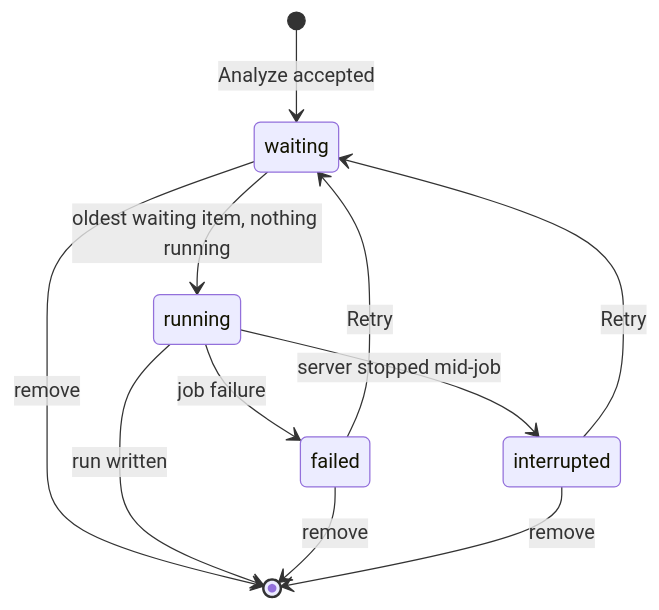
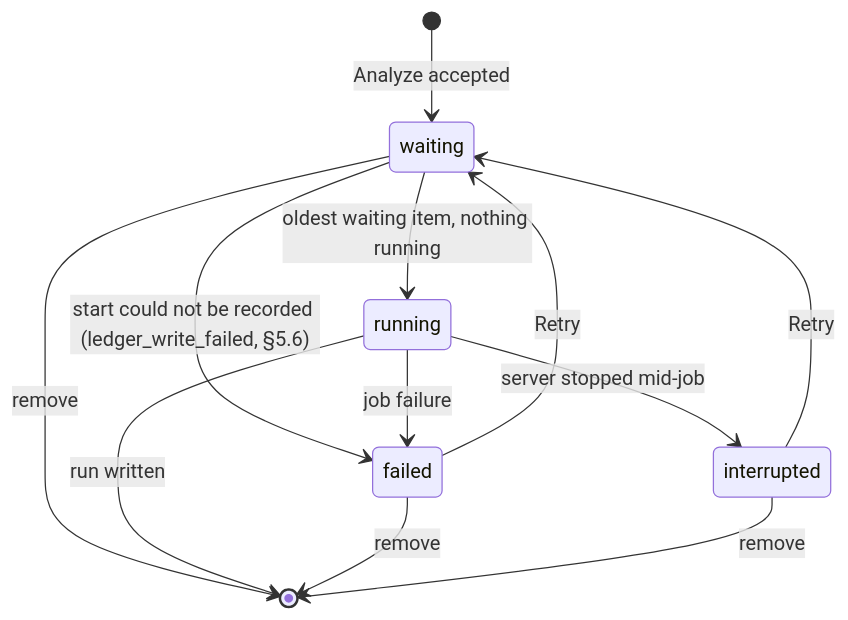
One commit to suyatdev/.claude changed the second of 2 diagrams in docs/features/treko-ledger.spec.md. Above: the diagram before and after it, drawn with Mermaid. The commit also changed other lines of this file and 1 other file, not shown here.

First line of the commit message:
docs(treko-ledger): revise the spec for compliance round 1 (phase: planning)

````diff
--- a/docs/features/treko-ledger.spec.md
+++ b/docs/features/treko-ledger.spec.md
@@ -448,13 +590,14 @@
 ```mermaid
 stateDiagram-v2
   [*] --> waiting: Analyze accepted
   waiting --> running: oldest waiting item, nothing running
+  waiting --> failed: start could not be recorded (ledger_write_failed, §5.6)
   waiting --> [*]: remove
   running --> [*]: run written
   running --> failed: job failure
   running --> interrupted: server stopped mid-job
   failed --> waiting: Retry
   interrupted --> waiting: Retry
   failed --> [*]: remove
   interrupted --> [*]: remove
 ```
````
